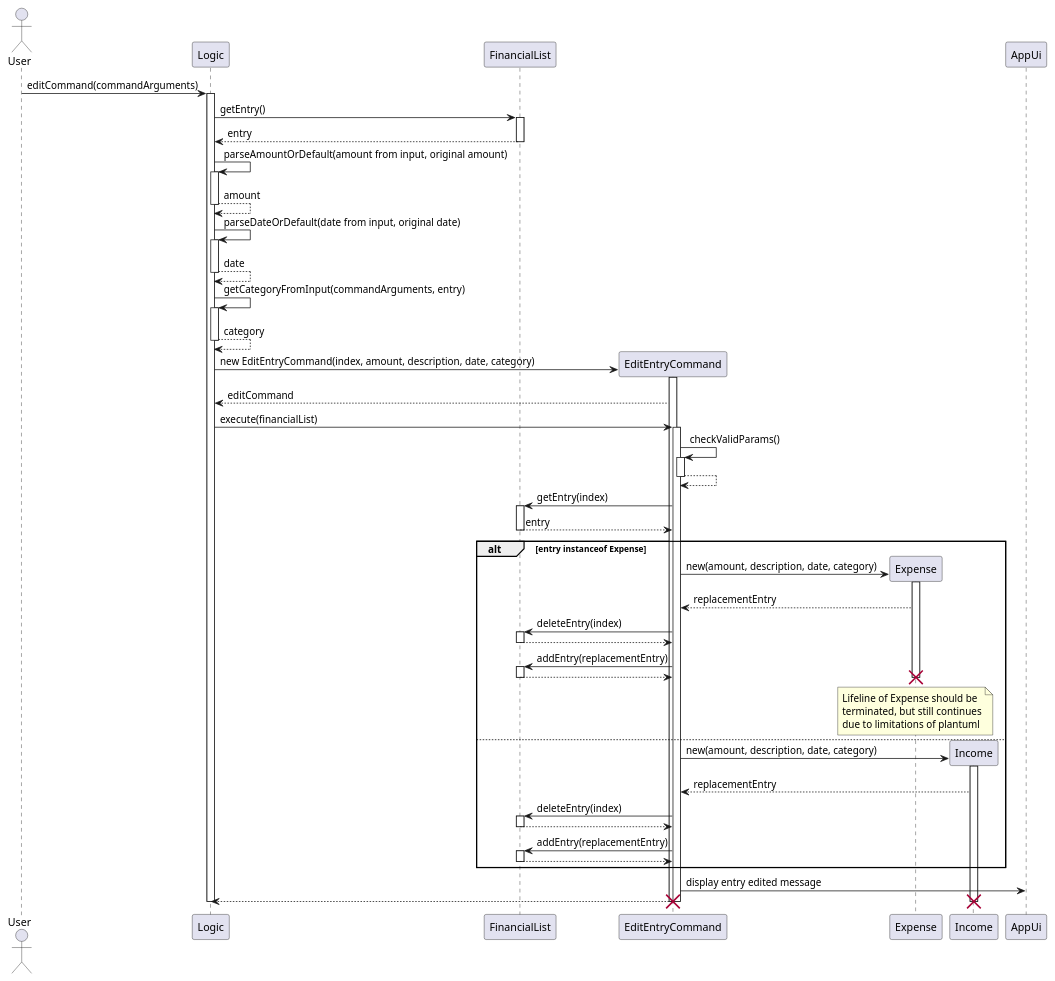
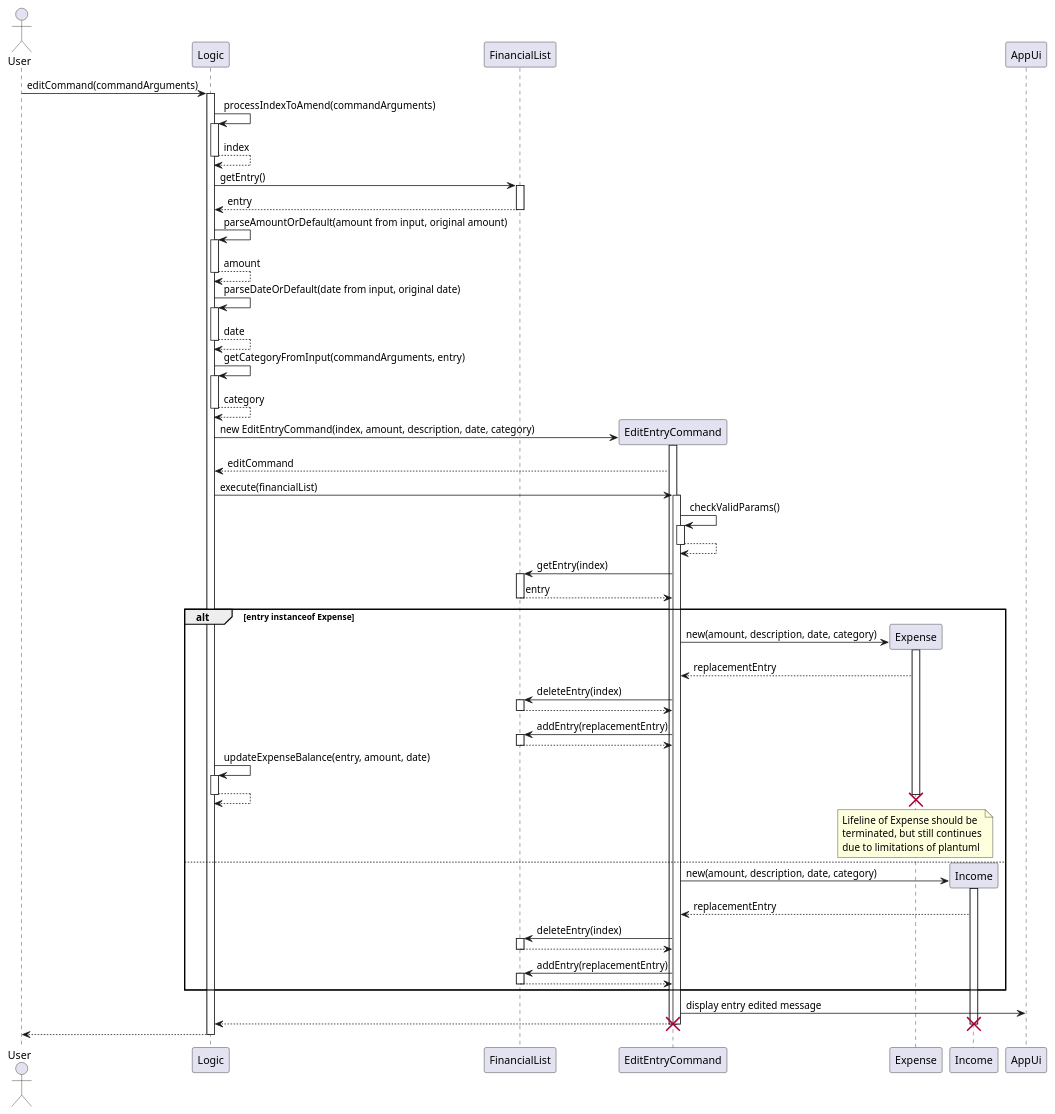
One commit to nus-cs2113-AY2425S1/tp changed the diagram in docs/UML/editEntryCommandSequence.puml. Above: the diagram before and after it, drawn with PlantUML. The commit also changed 6 other files, not shown here.

```diff
--- a/docs/UML/editEntryCommandSequence.puml
+++ b/docs/UML/editEntryCommandSequence.puml
@@ -1,86 +1,94 @@
 @startuml
 
 actor  User
 
 participant Logic
 participant FinancialList
 
 
 User -> Logic: editCommand(commandArguments)
 activate Logic
+
+Logic -> Logic: processIndexToAmend(commandArguments)
+activate Logic
+return index
 
 Logic -> FinancialList: getEntry()
 activate FinancialList
 return entry
 
 Logic -> Logic: parseAmountOrDefault(amount from input, original amount)
 activate Logic
 return amount
 
 Logic -> Logic: parseDateOrDefault(date from input, original date)
 activate Logic
 return date
 
 Logic -> Logic: getCategoryFromInput(commandArguments, entry)
 activate Logic
 return category
 
 create EditEntryCommand
 Logic -> EditEntryCommand: new EditEntryCommand(index, amount, description, date, category)
 activate EditEntryCommand
 EditEntryCommand --> Logic: editCommand
 
 Logic -> EditEntryCommand: execute(financialList)
 activate EditEntryCommand
 
 EditEntryCommand -> EditEntryCommand: checkValidParams()
 activate EditEntryCommand
 return
 
 EditEntryCommand -> FinancialList: getEntry(index)
 activate FinancialList
 return entry
 
 alt entry instanceof Expense
     Create Expense
     EditEntryCommand -> Expense: new(amount, description, date, category)
     activate Expense
     Expense --> EditEntryCommand: replacementEntry
     EditEntryCommand -> FinancialList: deleteEntry(index)
     activate FinancialList
     return
     EditEntryCommand -> FinancialList: addEntry(replacementEntry)
     activate FinancialList
     return
+    Logic -> Logic: updateExpenseBalance(entry, amount, date)
+    activate Logic
+    return
     deactivate Expense
     destroy Expense
     note over Expense
             Lifeline of Expense should be
             terminated, but still continues
             due to limitations of plantuml
         endnote
 else
     Create Income
     EditEntryCommand -> Income: new(amount, description, date, category)
     activate Income
     Income --> EditEntryCommand: replacementEntry
 
     EditEntryCommand -> FinancialList: deleteEntry(index)
     activate FinancialList
     return
     EditEntryCommand -> FinancialList: addEntry(replacementEntry)
     activate FinancialList
     return
 end
 
 EditEntryCommand -> AppUi: display entry edited message
 
 EditEntryCommand --> Logic
 
 deactivate Income
 destroy Income
 deactivate EditEntryCommand
 destroy EditEntryCommand
+Logic --> User
 deactivate Logic
 
 @enduml
```
